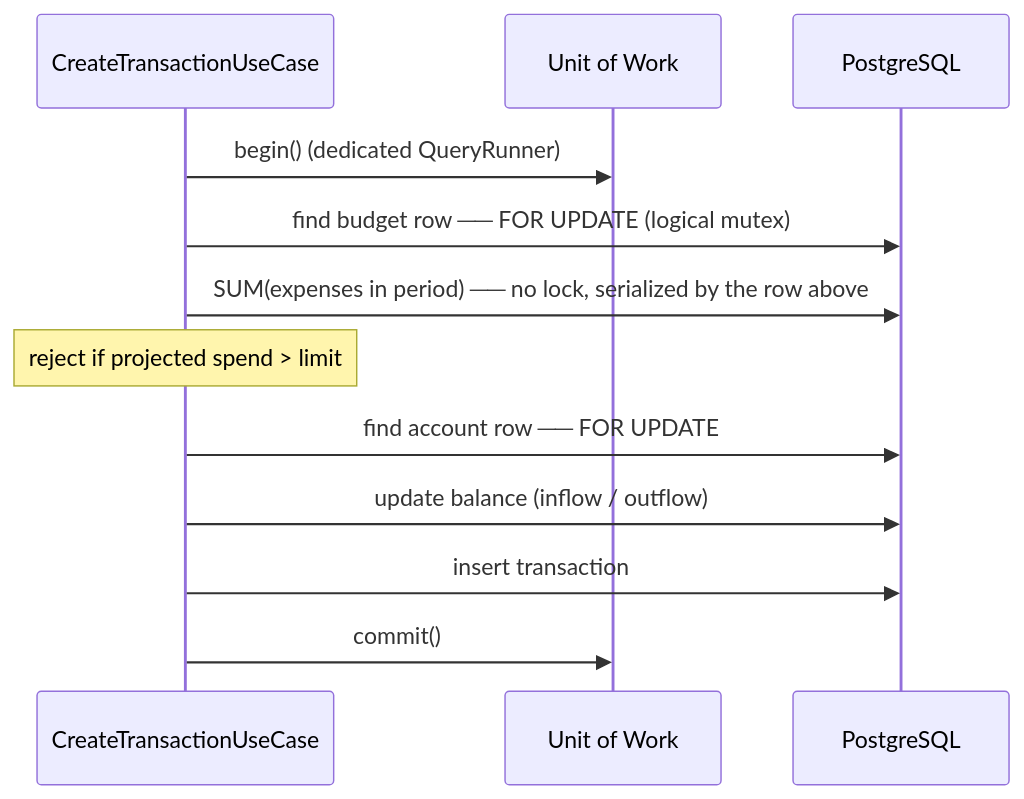
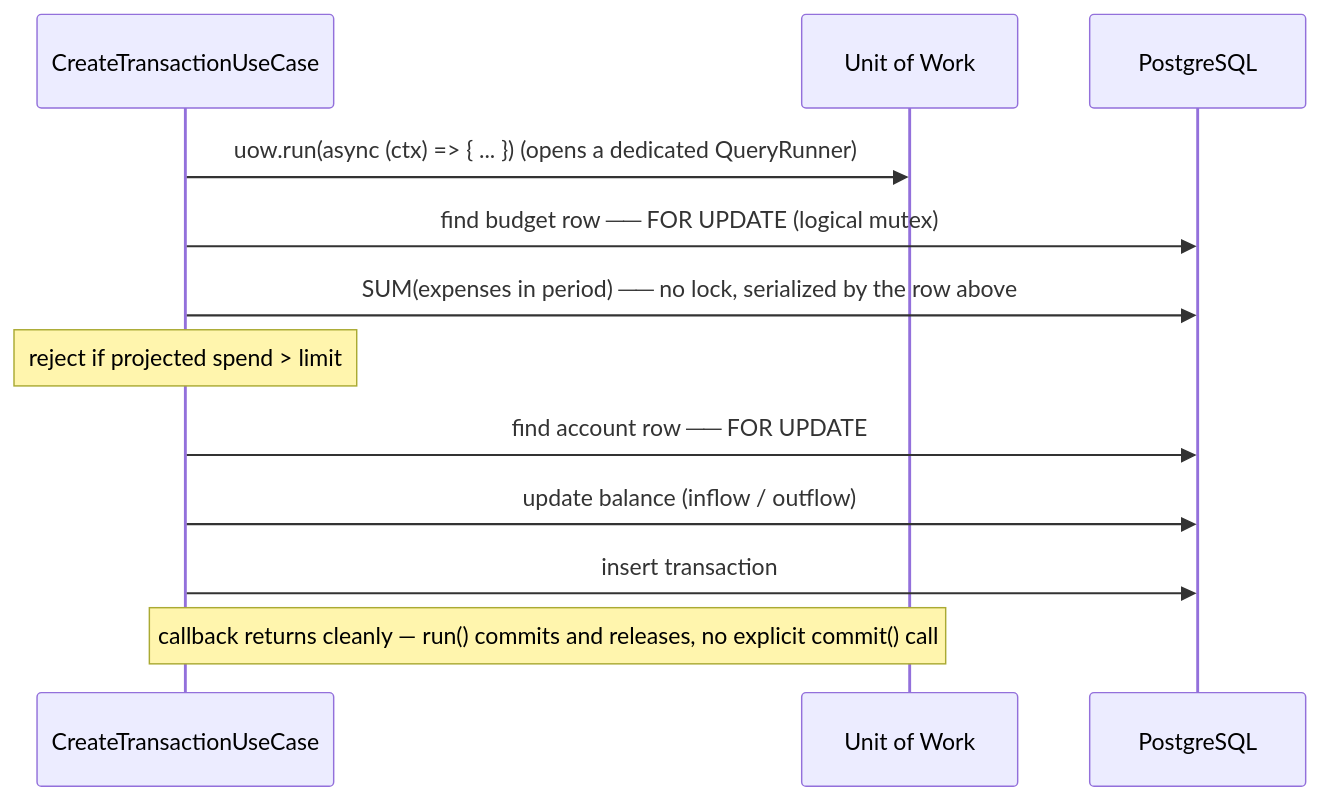
Before and after one commit to vicentera0957-arch/personal-finance-api: the fifth of 6 diagrams in docs/architecture.md, drawn with Mermaid. The commit also changed other lines of this file and 10 other files, not shown here.

````diff
--- a/docs/architecture.md
+++ b/docs/architecture.md
@@ -223,15 +226,15 @@
 ```mermaid
 sequenceDiagram
     participant UC as CreateTransactionUseCase
     participant UoW as Unit of Work
     participant PG as PostgreSQL
 
-    UC->>UoW: begin() (dedicated QueryRunner)
+    UC->>UoW: uow.run(async (ctx) => { ... })  (opens a dedicated QueryRunner)
     UC->>PG: find budget row  ── FOR UPDATE (logical mutex)
     UC->>PG: SUM(expenses in period)  ── no lock, serialized by the row above
     note over UC: reject if projected spend > limit
     UC->>PG: find account row  ── FOR UPDATE
     UC->>PG: update balance (inflow / outflow)
     UC->>PG: insert transaction
-    UC->>UoW: commit()
+    note over UC,UoW: callback returns cleanly — run() commits and releases, no explicit commit() call
 ```
````
